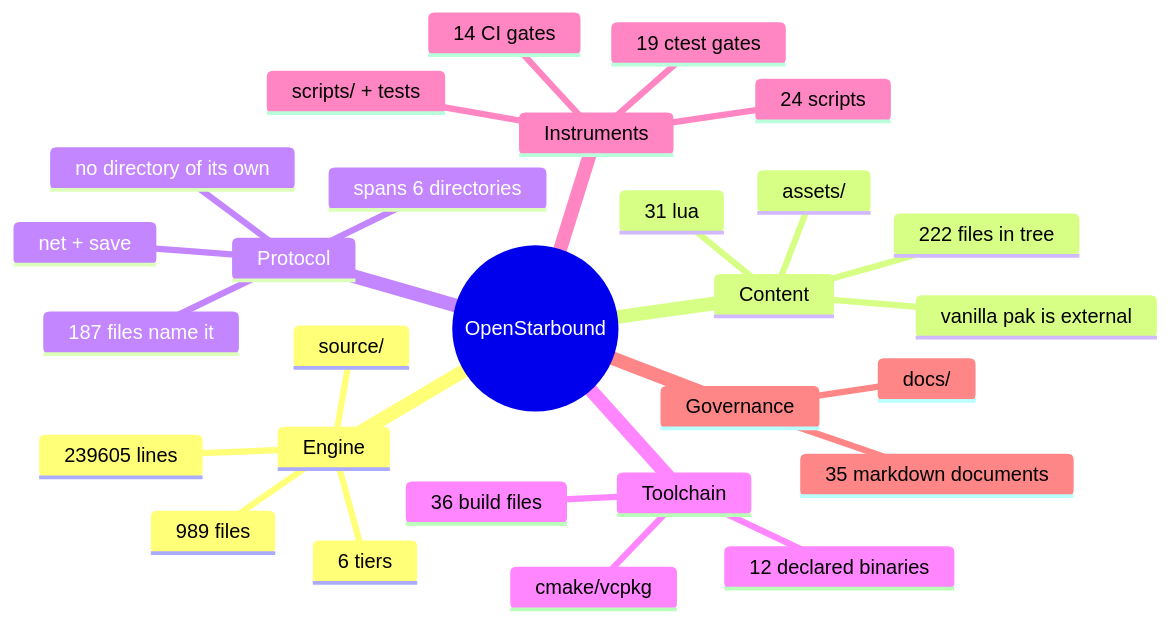
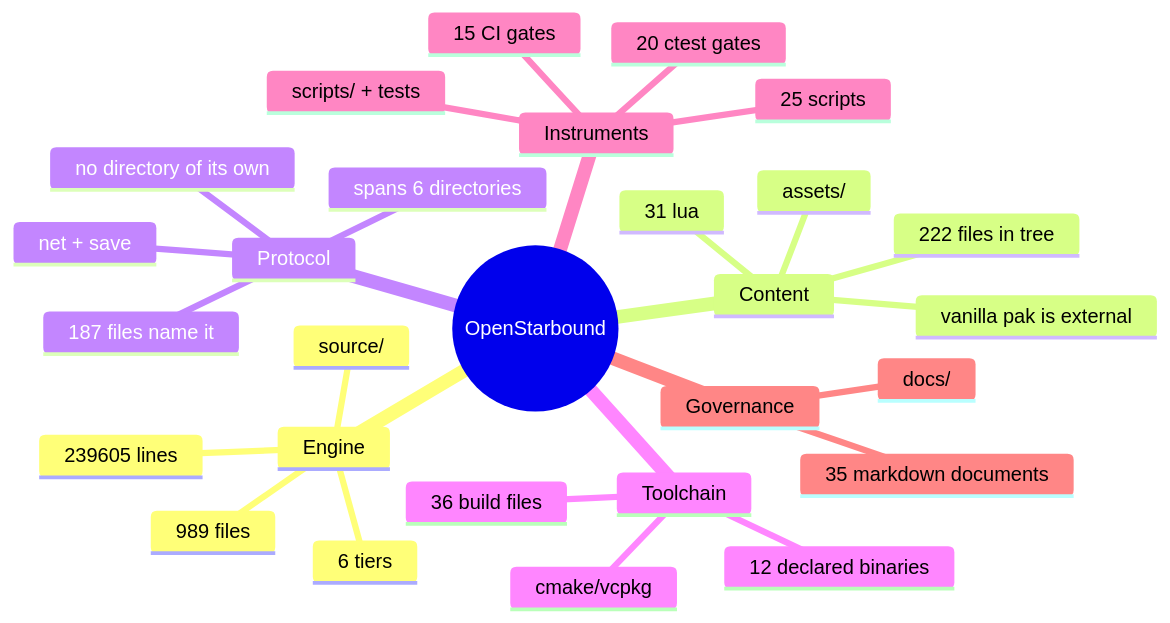
Before and after one commit to apnex/OpenStarbound: the second of 11 diagrams in docs/architecture/system-boundaries.md, drawn with Mermaid. The commit also changed 7 other files, not shown here.

````diff
--- a/docs/architecture/system-boundaries.md
+++ b/docs/architecture/system-boundaries.md
@@ -166,31 +166,31 @@
 ```mermaid
 mindmap
   root((OpenStarbound))
     Engine
       source/
       989 files
       239605 lines
       6 tiers
     Content
       assets/
       222 files in tree
       31 lua
       vanilla pak is external
     Protocol
       net + save
       187 files name it
       spans 6 directories
       no directory of its own
     Toolchain
       cmake/vcpkg
       36 build files
       12 declared binaries
     Instruments
       scripts/ + tests
-      24 scripts
-      19 ctest gates
-      14 CI gates
+      25 scripts
+      20 ctest gates
+      15 CI gates
     Governance
       docs/
       35 markdown documents
 ```
````
